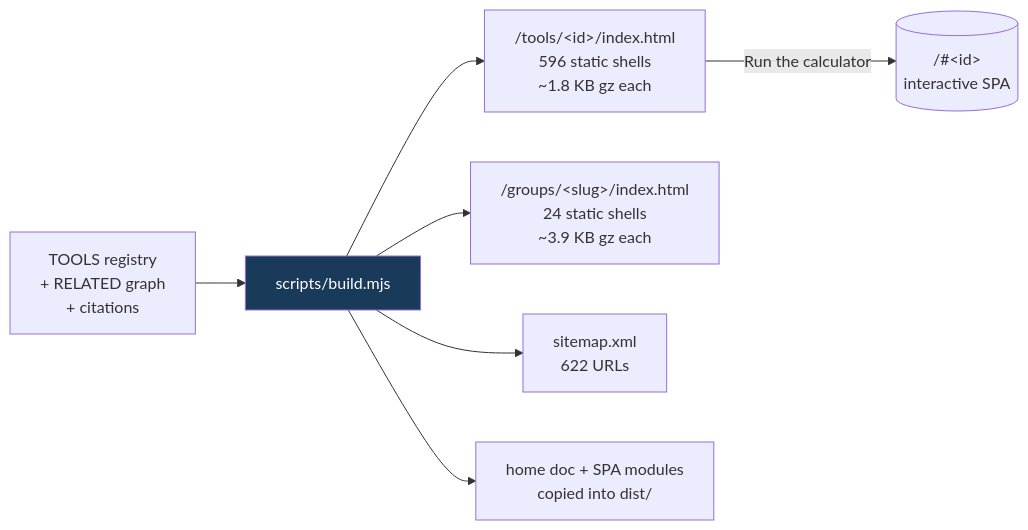
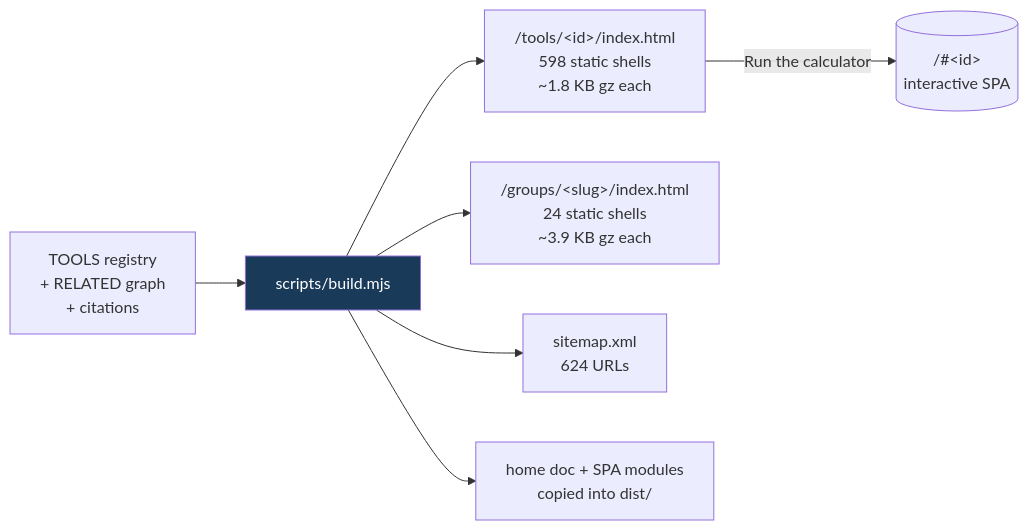
Before and after one commit to clay-good/roughlogic.com: the fifth of 8 diagrams in README.md, drawn with Mermaid. The commit also changed other lines of this file and 16 other files, not shown here.

````diff
--- a/README.md
+++ b/README.md
@@ -362,10 +362,10 @@
 ```mermaid
 flowchart LR
     SRC[TOOLS registry\n+ RELATED graph\n+ citations] --> BUILD[scripts/build.mjs]
-    BUILD --> TILE["/tools/&lt;id&gt;/index.html\n596 static shells\n~1.8 KB gz each"]
+    BUILD --> TILE["/tools/&lt;id&gt;/index.html\n598 static shells\n~1.8 KB gz each"]
     BUILD --> GROUP["/groups/&lt;slug&gt;/index.html\n24 static shells\n~3.9 KB gz each"]
-    BUILD --> MAP["sitemap.xml\n622 URLs"]
+    BUILD --> MAP["sitemap.xml\n624 URLs"]
     BUILD --> COPY[home doc + SPA modules\ncopied into dist/]
     TILE -->|Run the calculator| SPA[("/#&lt;id&gt;\ninteractive SPA")]
     style BUILD fill:#1a3a5a,color:#fff
 ```
````
